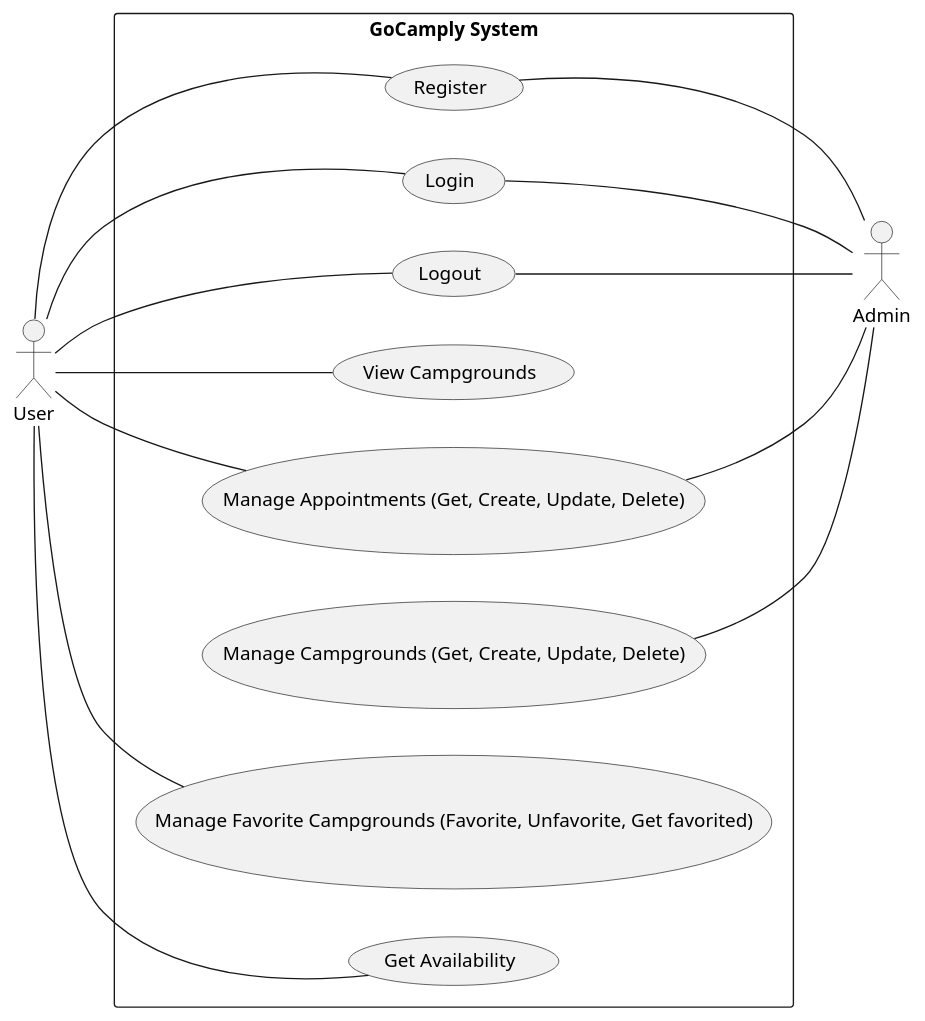
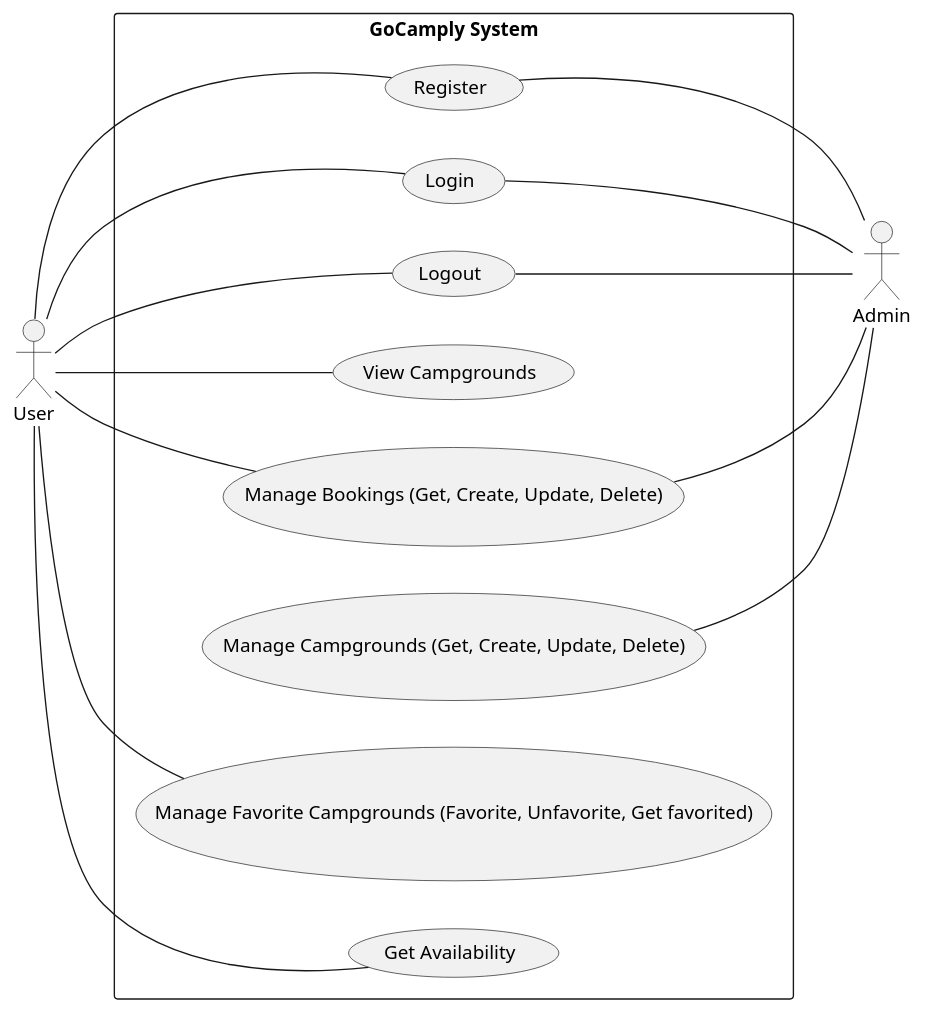
Before and after one commit to aimon-tnp/GoCamply: the diagram in docs/diagrams/usecase/usecase.puml, drawn with PlantUML. The commit also changed 36 other files, not shown here.

First line of the commit message:
refactor and add diagrams

```diff
--- a/docs/diagrams/usecase/usecase.puml
+++ b/docs/diagrams/usecase/usecase.puml
@@ -1,30 +1,30 @@
 @startuml Use Case Diagram
 left to right direction
 actor "User" as user
 rectangle "GoCamply System" as GoCamplySystem {    
     usecase "Register" as register
     usecase "Login" as login
     usecase "Logout" as logout
     usecase "View Campgrounds" as viewCampgrounds
-    usecase "Manage Appointments (Get, Create, Update, Delete)" as manageAppt
+    usecase "Manage Bookings (Get, Create, Update, Delete)" as manageAppt
     usecase "Manage Campgrounds (Get, Create, Update, Delete)" as manageCampground
     usecase "Manage Favorite Campgrounds (Favorite, Unfavorite, Get favorited)" as favoriteCampground
     usecase "Get Availability" as getAvailability
 }
 
 user -- register
 user -- viewCampgrounds
 user -- manageAppt
 user -- favoriteCampground
 user -- login
 user -- logout
 user -- getAvailability
 
 actor "Admin" as admin
 register -- admin
 login -- admin
 logout -- admin
 manageCampground -- admin
 manageAppt -- admin
 
 @enduml
```
